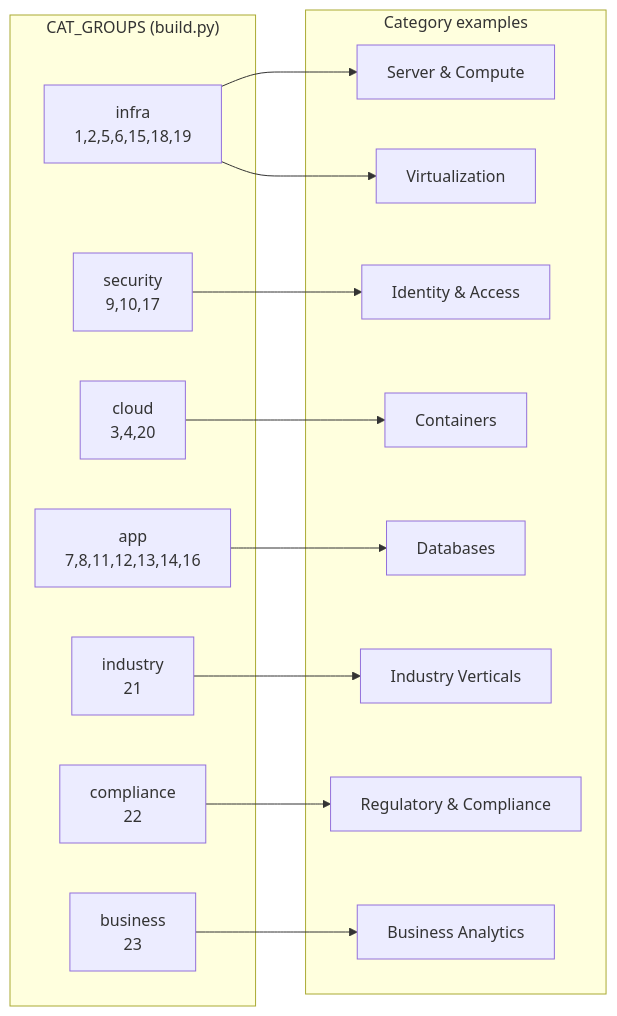
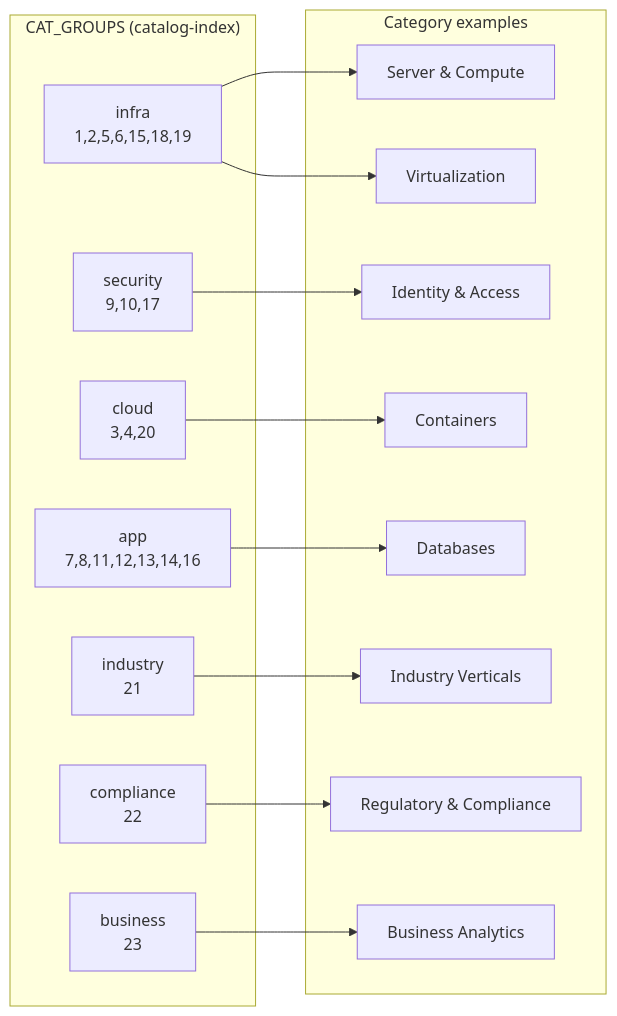
One commit to fenre/splunk-monitoring-use-cases changed the fifth of 6 diagrams in CODEBASE-DIAGRAM.md. Above: the diagram before and after it, drawn with Mermaid. The commit also changed other lines of this file and 50 other files, not shown here.

````diff
--- a/CODEBASE-DIAGRAM.md
+++ b/CODEBASE-DIAGRAM.md
@@ -163,32 +141,32 @@
 ```mermaid
 flowchart LR
-    subgraph groups["CAT_GROUPS (build.py)"]
-        infra["infra\n1,2,5,6,15,18,19"]
-        security["security\n9,10,17"]
-        cloud["cloud\n3,4,20"]
-        app["app\n7,8,11,12,13,14,16"]
-        industry["industry\n21"]
-        compliance["compliance\n22"]
-        business["business\n23"]
+    subgraph groups["CAT_GROUPS (catalog-index)"]
+        infra["infra<br/>1,2,5,6,15,18,19"]
+        security["security<br/>9,10,17"]
+        cloud["cloud<br/>3,4,20"]
+        app["app<br/>7,8,11,12,13,14,16"]
+        industry["industry<br/>21"]
+        compliance["compliance<br/>22"]
+        business["business<br/>23"]
     end
 
     subgraph examples["Category examples"]
         E1["Server & Compute"]
         E2["Virtualization"]
         E3["Identity & Access"]
         E4["Containers"]
         E5["Databases"]
         E6["Industry Verticals"]
         E7["Regulatory & Compliance"]
         E8["Business Analytics"]
     end
 
     infra --> E1
     infra --> E2
     security --> E3
     cloud --> E4
     app --> E5
     industry --> E6
     compliance --> E7
     business --> E8
 ```
````
